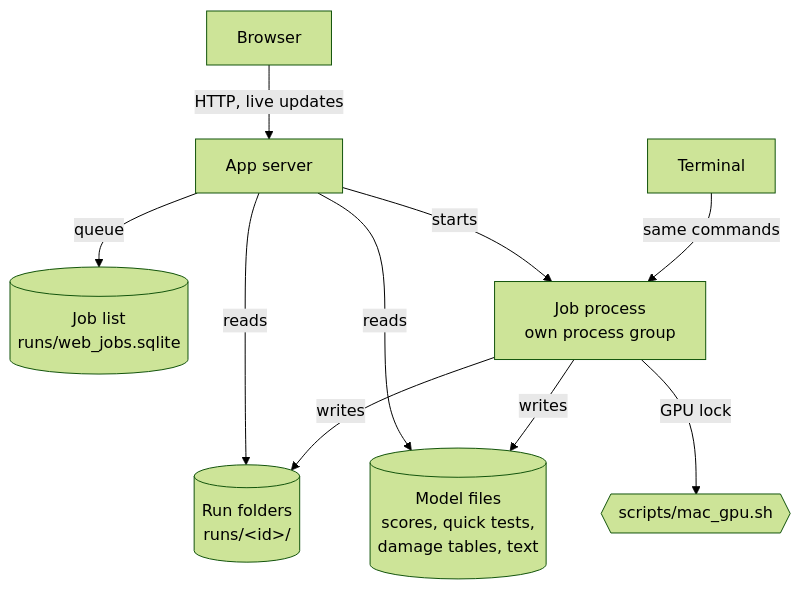
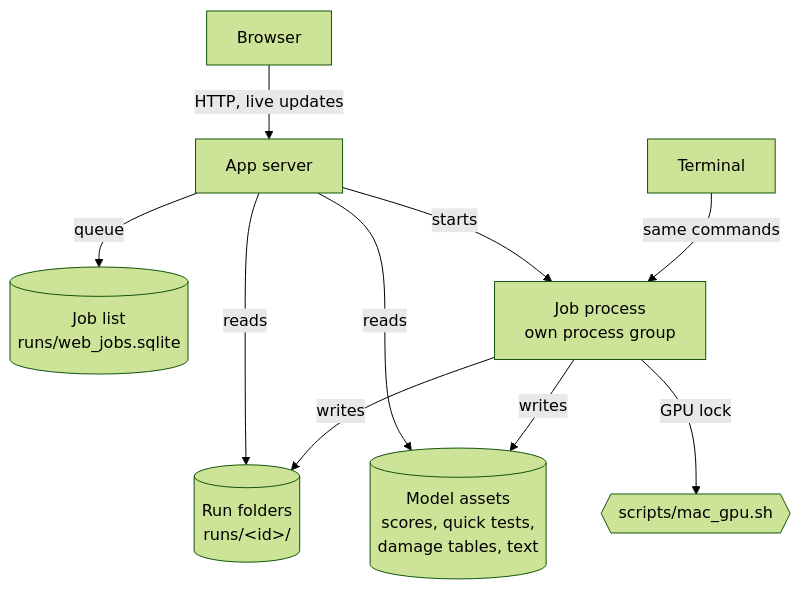
One commit to stephxu96/pruneagent changed the second of 2 diagrams in docs/APP_DESIGN.md. Above: the diagram before and after it, drawn with Mermaid (forest theme). The commit also changed other lines of this file, not shown here.

Commit message:
App design: two user stories, model setup and model pruning

````diff
--- a/docs/APP_DESIGN.md
+++ b/docs/APP_DESIGN.md
@@ -91,12 +119,12 @@
 ```mermaid
 flowchart TB
     B[Browser] -- HTTP, live updates --> S[App server]
     S -- queue --> Q[(Job list<br/>runs/web_jobs.sqlite)]
     S -- reads --> RF[(Run folders<br/>runs/&lt;id&gt;/)]
-    S -- reads --> MS[(Model files<br/>scores, quick tests,<br/>damage tables, text)]
+    S -- reads --> MS[(Model assets<br/>scores, quick tests,<br/>damage tables, text)]
     S -- starts --> W[Job process<br/>own process group]
     W -- GPU lock --> G{{scripts/mac_gpu.sh}}
     W -- writes --> RF
     W -- writes --> MS
     T[Terminal] -- same commands --> W
 ```
````
